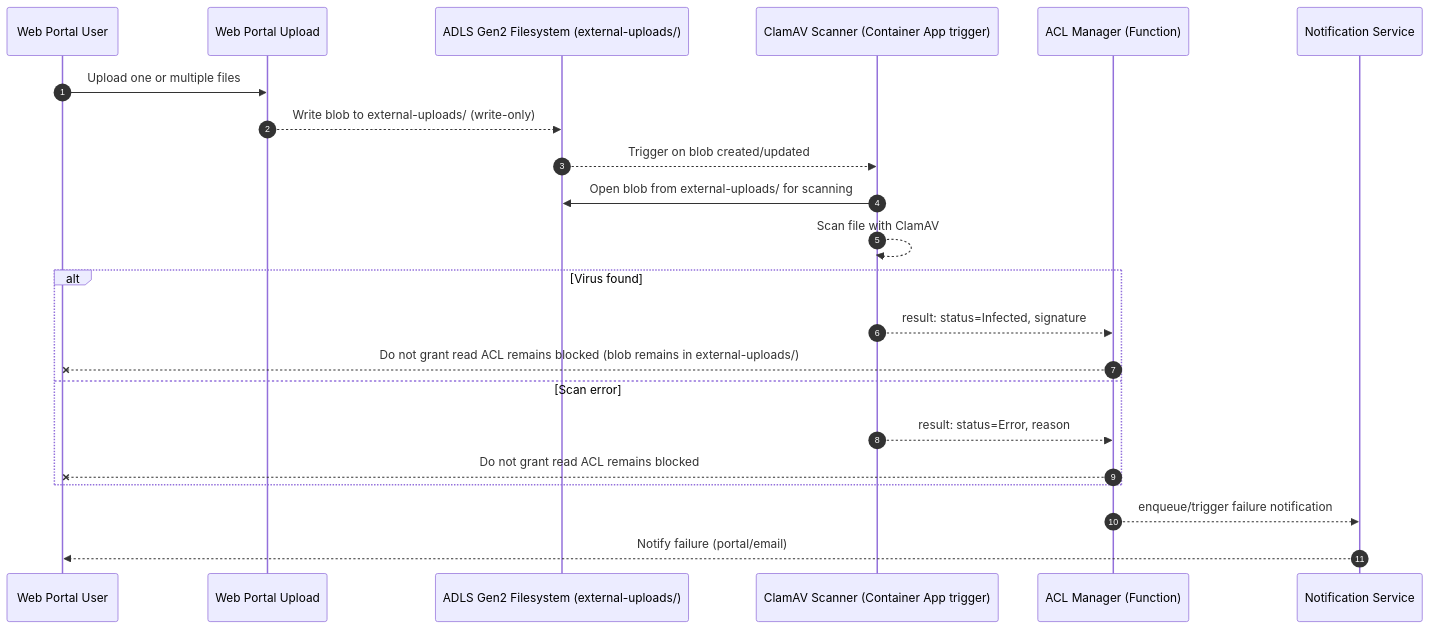
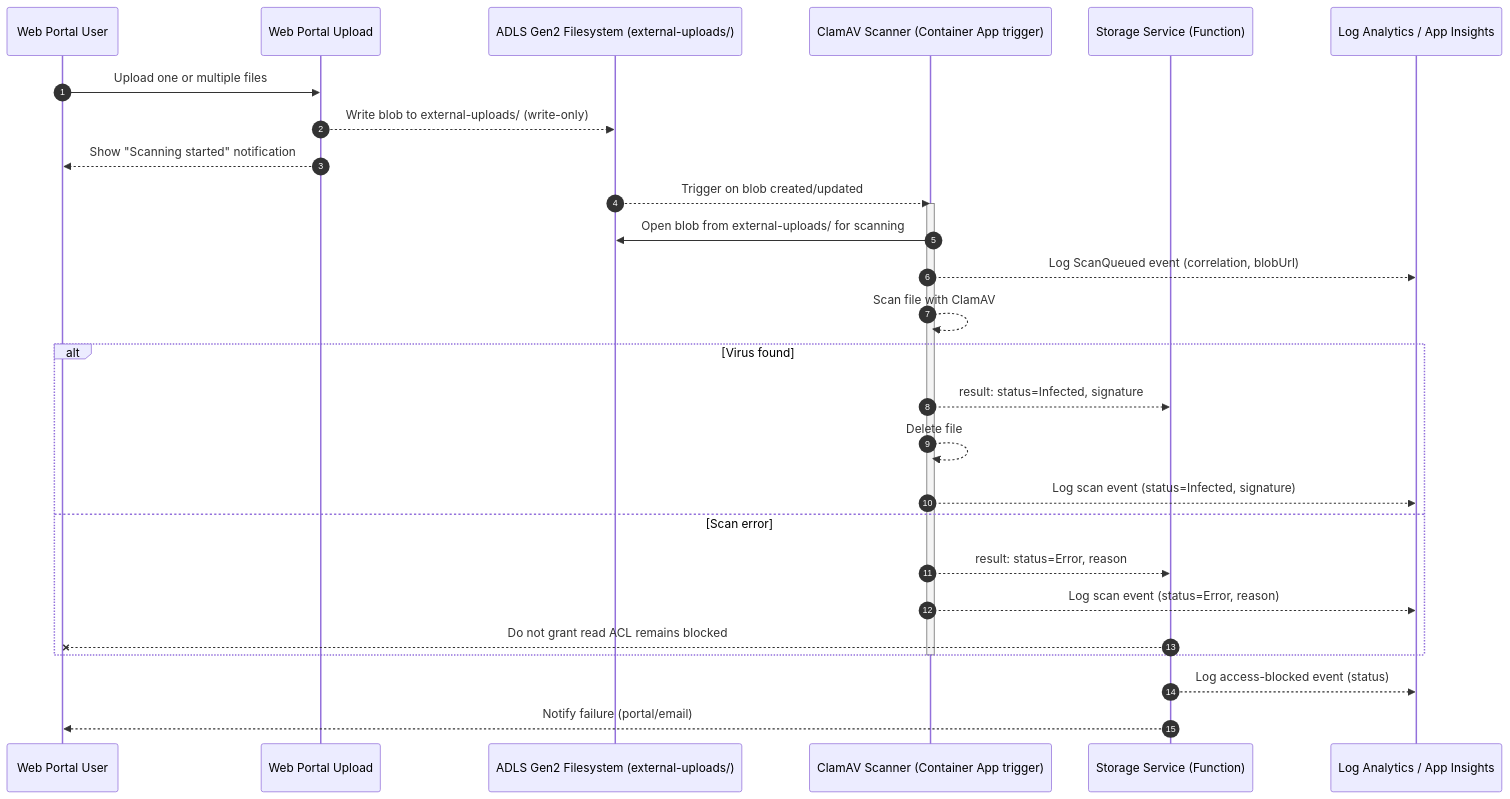
Before and after one commit to ssc-sp/datahub-docs: the second of 2 diagrams in DeveloperGuide/ClamAV/clamav-ACLs.md, drawn with Mermaid. The commit also changed other lines of this file and 2 other files, not shown here.

````diff
--- a/DeveloperGuide/ClamAV/clamav-ACLs.md
+++ b/DeveloperGuide/ClamAV/clamav-ACLs.md
@@ -52,25 +59,31 @@
 ```mermaid
 sequenceDiagram
 autonumber
 participant U as Web Portal User
 participant UC as Web Portal Upload
 participant FS as ADLS Gen2 Filesystem (external-uploads/)
 participant AV as ClamAV Scanner (Container App trigger)
-participant AS as ACL Manager (Function)
-participant N as Notification Service
+participant AS as Storage Service (Function)
+participant L as Log Analytics / App Insights
 
 U->>UC: Upload one or multiple files
 UC-->>FS: Write blob to external-uploads/ (write-only)
+UC-->>U: Show "Scanning started" notification
 FS-->>AV: Trigger on blob created/updated
+activate AV
 AV->>FS: Open blob from external-uploads/ for scanning
+AV-->>L: Log ScanQueued event (correlation, blobUrl)
 AV-->>AV: Scan file with ClamAV
 alt Virus found
   AV-->>AS: result: status=Infected, signature
-  AS--x U: Do not grant read ACL remains blocked (blob remains in external-uploads/)
+  AV-->>AV: Delete file
+  AV-->>L: Log scan event (status=Infected, signature)
 else Scan error
   AV-->>AS: result: status=Error, reason
+  AV-->>L: Log scan event (status=Error, reason)
   AS--x U: Do not grant read ACL remains blocked
 end
-AS-->>N: enqueue/trigger failure notification
-N-->>U: Notify failure (portal/email)
+deactivate AV
+AS-->>L: Log access-blocked event (status)
+AS-->>U: Notify failure (portal/email)
 ```
````
